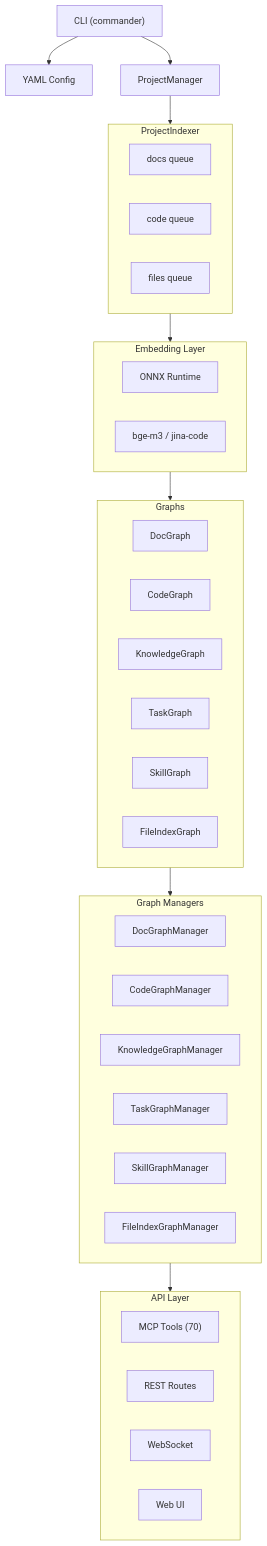
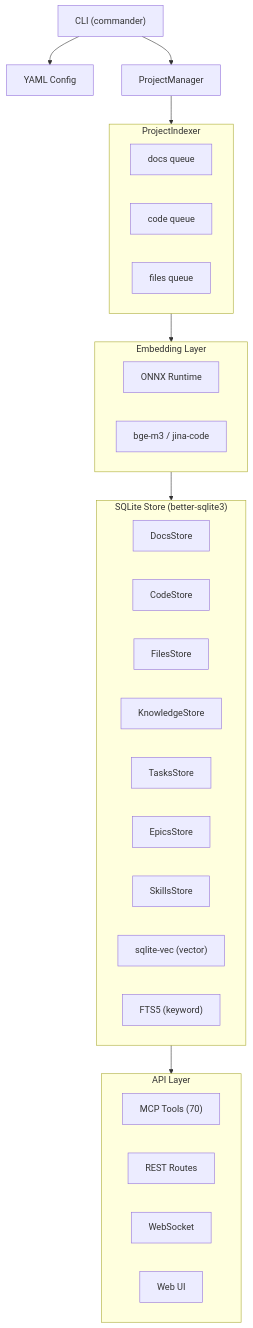
The diagram in docs/architecture.md (graph-memory/graphmemory), drawn with Mermaid before and after one commit. The commit also changed other lines of this file and 1 other file, not shown here.

First line of the commit message:
docs: update ARCHITECTURE.md and docs/architecture.md — SQLite store, 70 tools

````diff
--- a/docs/architecture.md
+++ b/docs/architecture.md
@@ -5,55 +5,47 @@
 ```mermaid
 graph TD
     CLI["CLI (commander)"]
     Config["YAML Config"]
     PM["ProjectManager"]
 
     CLI --> Config
     CLI --> PM
 
     subgraph Indexer["ProjectIndexer"]
         DQ["docs queue"]
         CQ["code queue"]
         FQ["files queue"]
     end
 
     PM --> Indexer
 
     subgraph Embed["Embedding Layer"]
         ONNX["ONNX Runtime"]
         Models["bge-m3 / jina-code"]
     end
 
     Indexer --> Embed
 
-    subgraph Graphs
-        DocG["DocGraph"]
-        CodeG["CodeGraph"]
-        KG["KnowledgeGraph"]
-        TG["TaskGraph"]
-        SG["SkillGraph"]
-        FIG["FileIndexGraph"]
+    subgraph Store["SQLite Store (better-sqlite3)"]
+        DS["DocsStore"]
+        CS["CodeStore"]
+        FS["FilesStore"]
+        KS["KnowledgeStore"]
+        TS["TasksStore"]
+        ES["EpicsStore"]
+        SS["SkillsStore"]
+        VEC["sqlite-vec (vector)"]
+        FTS["FTS5 (keyword)"]
     end
 
-    Embed --> Graphs
-
-    subgraph Managers["Graph Managers"]
-        DM["DocGraphManager"]
-        CM["CodeGraphManager"]
-        KM["KnowledgeGraphManager"]
-        TM["TaskGraphManager"]
-        SM["SkillGraphManager"]
-        FM["FileIndexGraphManager"]
-    end
-
-    Graphs --> Managers
+    Embed --> Store
 
     subgraph API["API Layer"]
         MCP["MCP Tools (70)"]
         REST["REST Routes"]
         WS["WebSocket"]
         UI["Web UI"]
     end
 
-    Managers --> API
+    Store --> API
 ```
````
